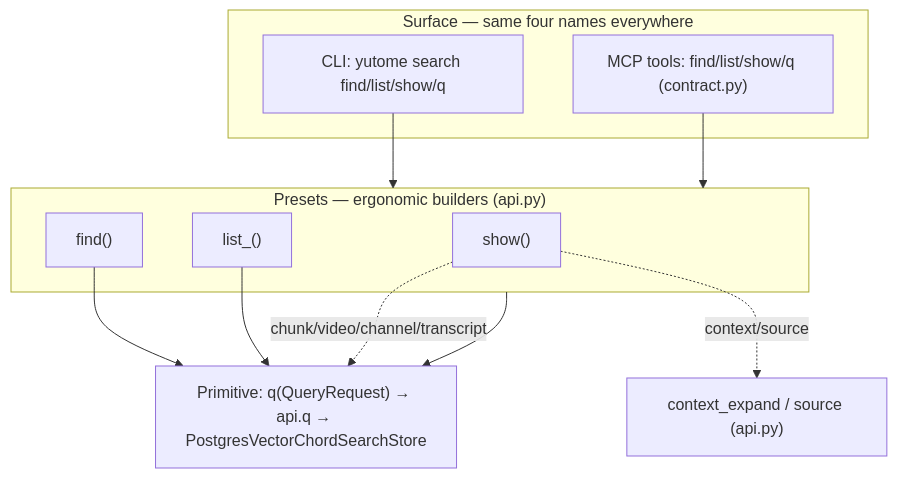
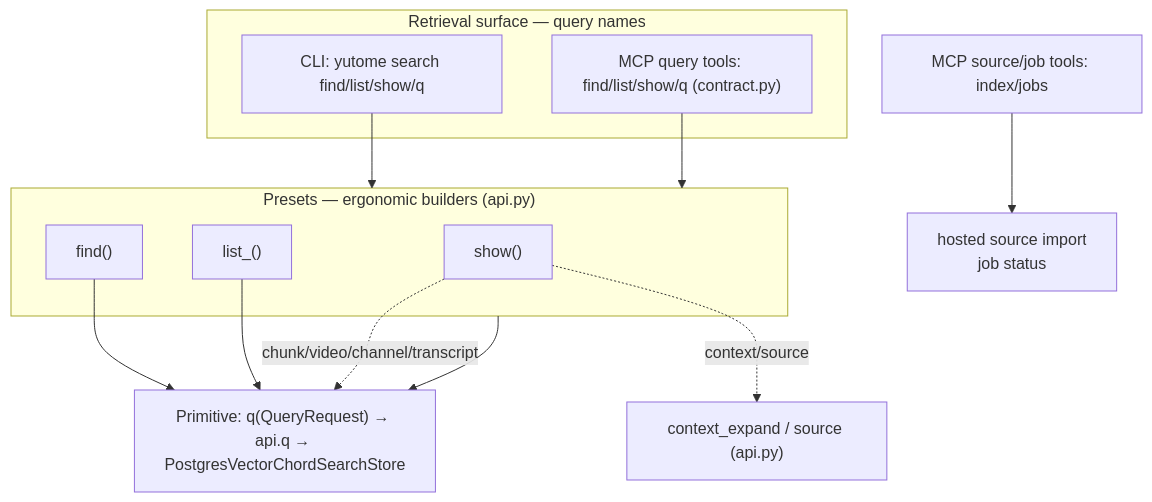
The second of 10 diagrams in docs/architecture/cli-and-engine.md (MaskyS/yutome), drawn with Mermaid before and after one commit. The commit also changed other lines of this file and 7 other files, not shown here.

First line of the commit message:
docs: refresh CLI/query/architecture docs against the real command surface

````diff
--- a/docs/architecture/cli-and-engine.md
+++ b/docs/architecture/cli-and-engine.md
@@ -87,20 +95,23 @@
 ```mermaid
 flowchart TB
-    subgraph surface["Surface — same four names everywhere"]
+    subgraph surface["Retrieval surface — query names"]
         cli["CLI: yutome search find/list/show/q"]
-        mcp["MCP tools: find/list/show/q (contract.py)"]
+        mcp["MCP query tools: find/list/show/q (contract.py)"]
     end
+    mcpwrite["MCP source/job tools: index/jobs"]
+    sourcejobs["hosted source import<br/>job status"]
     subgraph presets["Presets — ergonomic builders (api.py)"]
         find2["find()"]
         list2["list_()"]
         show2["show()"]
     end
     prim["Primitive: q(QueryRequest) → api.q → PostgresVectorChordSearchStore"]
     cli --> presets
     mcp --> presets
     presets --> prim
     find2 --> prim
     list2 --> prim
     show2 -.->|chunk/video/channel/transcript| prim
     show2 -.->|context/source| ctx["context_expand / source (api.py)"]
+    mcpwrite --> sourcejobs
 ```
````
